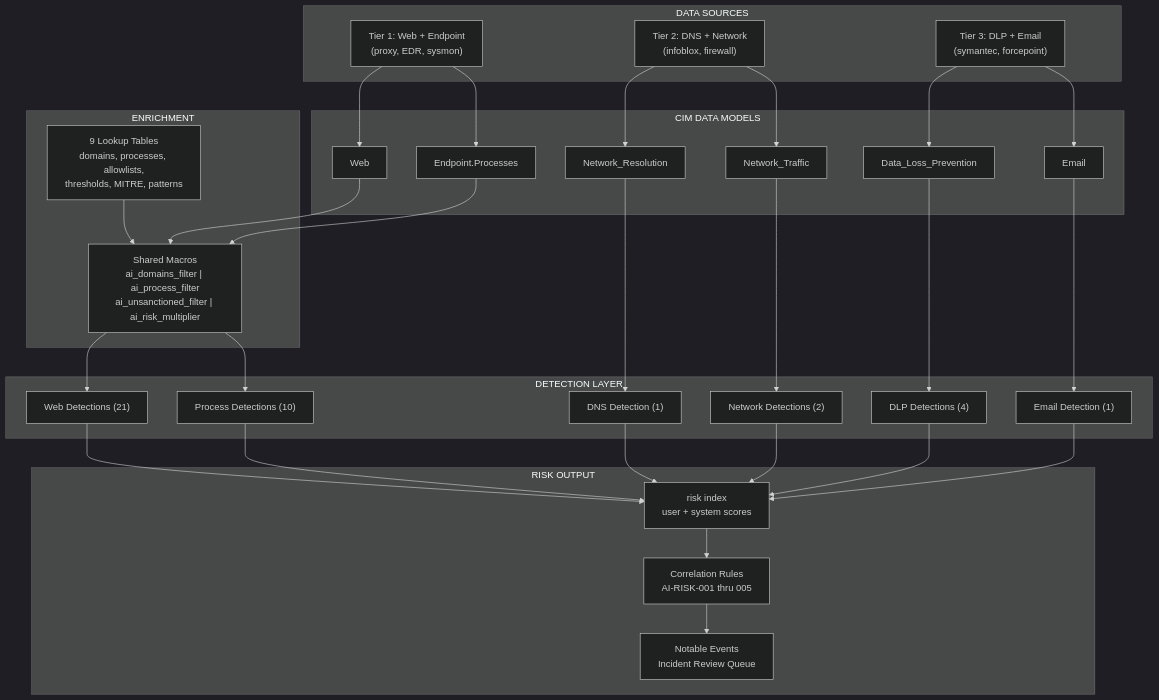
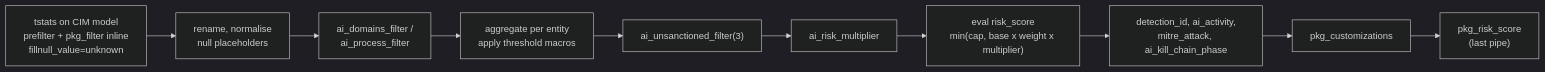
The first of 4 diagrams in docs/ARCHITECTURE.md (cybermock/ai-detections), drawn with Mermaid (dark theme) before and after one commit. The commit also changed other lines of this file and 332 other files, not shown here.

````diff
--- a/docs/ARCHITECTURE.md
+++ b/docs/ARCHITECTURE.md
@@ -21,53 +93,12 @@
 ```mermaid
-flowchart TD
-    subgraph "DATA SOURCES"
-        T1["Tier 1: Web + Endpoint<br/>(proxy, EDR, sysmon)"]
-        T2["Tier 2: DNS + Network<br/>(infoblox, firewall)"]
-        T3["Tier 3: DLP + Email<br/>(symantec, forcepoint)"]
-    end
-
-    subgraph "CIM DATA MODELS"
-        WEB["Web"]
-        PROC["Endpoint.Processes"]
-        DNS["Network_Resolution"]
-        NET["Network_Traffic"]
-        DLP["Data_Loss_Prevention"]
-        EMAIL["Email"]
-    end
-
-    subgraph "ENRICHMENT"
-        MACROS["Shared Macros<br/>ai_domains_filter | ai_process_filter<br/>ai_unsanctioned_filter | ai_risk_multiplier"]
-        LOOKUPS["9 Lookup Tables<br/>domains, processes, allowlists,<br/>thresholds, MITRE, patterns"]
-    end
-
-    subgraph "DETECTION LAYER"
-        D1["Web Detections (21)"]
-        D2["Process Detections (10)"]
-        D3["DNS Detection (1)"]
-        D4["Network Detections (2)"]
-        D5["DLP Detections (4)"]
-        D6["Email Detection (1)"]
-    end
-
-    subgraph "RISK OUTPUT"
-        RISK["risk index<br/>user + system scores"]
-        AGG["Correlation Rules<br/>AI-RISK-001 thru 005"]
-        NOTABLE["Notable Events<br/>Incident Review Queue"]
-    end
-
-    T1 --> WEB & PROC
-    T2 --> DNS & NET
-    T3 --> DLP & EMAIL
-
-    LOOKUPS --> MACROS
-
-    WEB --> MACROS --> D1
-    PROC --> MACROS --> D2
-    DNS --> D3
-    NET --> D4
-    DLP --> D5
-    EMAIL --> D6
-
-    D1 & D2 & D3 & D4 & D5 & D6 --> RISK
-    RISK --> AGG --> NOTABLE
+flowchart LR
+    A["tstats on CIM model<br/>prefilter + pkg_filter inline<br/>fillnull_value=unknown"] --> B["rename, normalise<br/>null placeholders"]
+    B --> C["ai_domains_filter /<br/>ai_process_filter"]
+    C --> D["aggregate per entity<br/>apply threshold macros"]
+    D --> E["ai_unsanctioned_filter(3)"]
+    E --> F["ai_risk_multiplier"]
+    F --> G["eval risk_score<br/>min(cap, base x weight x multiplier)"]
+    G --> H["detection_id, ai_activity,<br/>mitre_attack, ai_kill_chain_phase"]
+    H --> I["pkg_customizations"]
+    I --> J["pkg_risk_score<br/>(last pipe)"]
 ```
````
